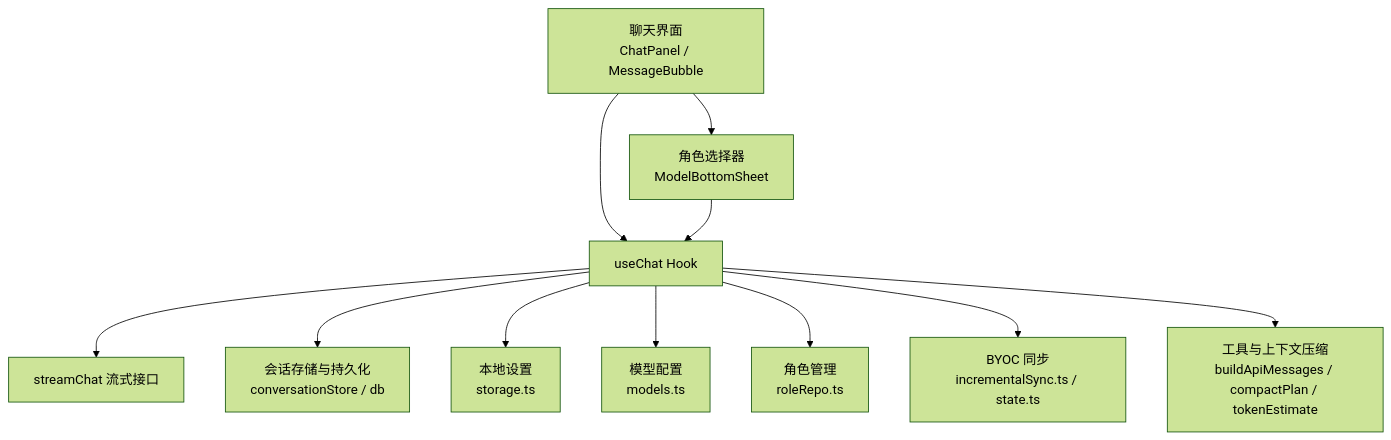
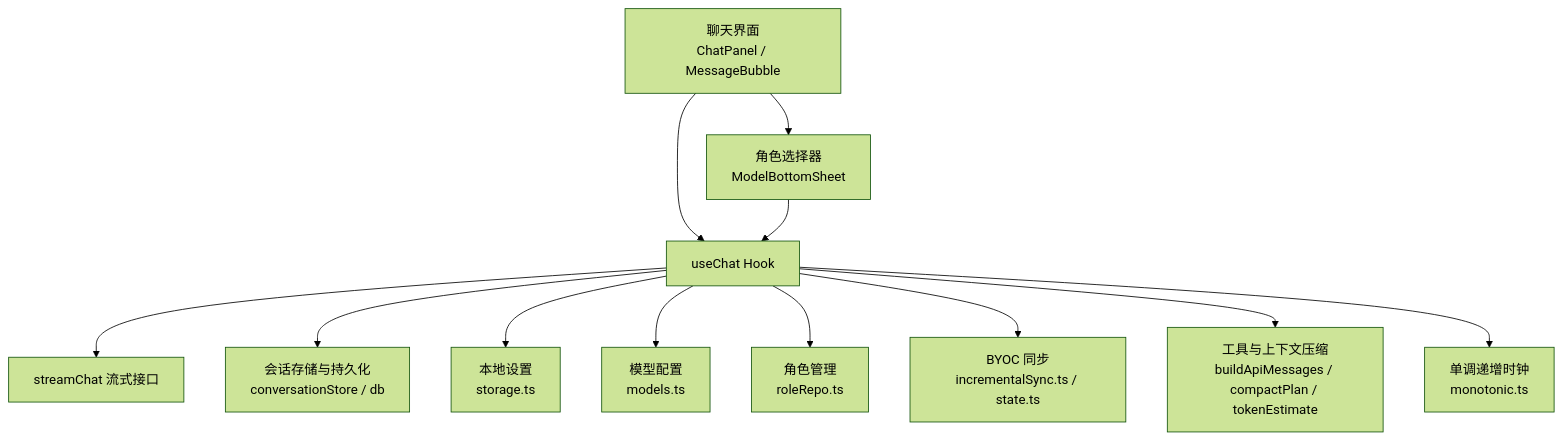
Before and after one commit to billye220670/AIShop: the first of 7 diagrams in .qoder/repowiki/zh/content/聊天模块/聊天状态管理 Hook.md, drawn with Mermaid (forest theme). The commit also changed other lines of this file and 149 other files, not shown here.

````diff
--- a/.qoder/repowiki/zh/content/聊天模块/聊天状态管理 Hook.md
+++ b/.qoder/repowiki/zh/content/聊天模块/聊天状态管理 Hook.md
@@ -44,13 +45,14 @@
 ```mermaid
 graph TB
 UI["聊天界面<br/>ChatPanel / MessageBubble"] --> Hook["useChat Hook"]
 Hook --> API["streamChat 流式接口"]
 Hook --> Store["会话存储与持久化<br/>conversationStore / db"]
 Hook --> Settings["本地设置<br/>storage.ts"]
 Hook --> Models["模型配置<br/>models.ts"]
 Hook --> Roles["角色管理<br/>roleRepo.ts"]
 Hook --> BYOC["BYOC 同步<br/>incrementalSync.ts / state.ts"]
 Hook --> Utils["工具与上下文压缩<br/>buildApiMessages / compactPlan / tokenEstimate"]
+Hook --> Monotonic["单调递增时钟<br/>monotonic.ts"]
 UI --> RoleSelector["角色选择器<br/>ModelBottomSheet"]
 RoleSelector --> Hook
 ```
````
